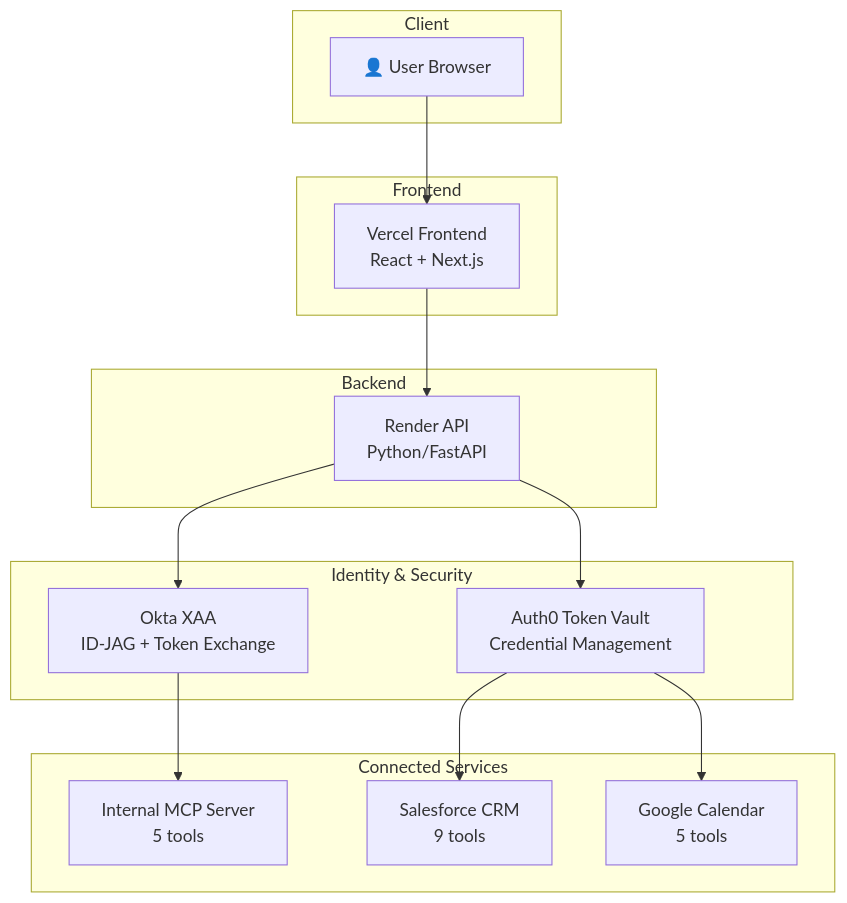
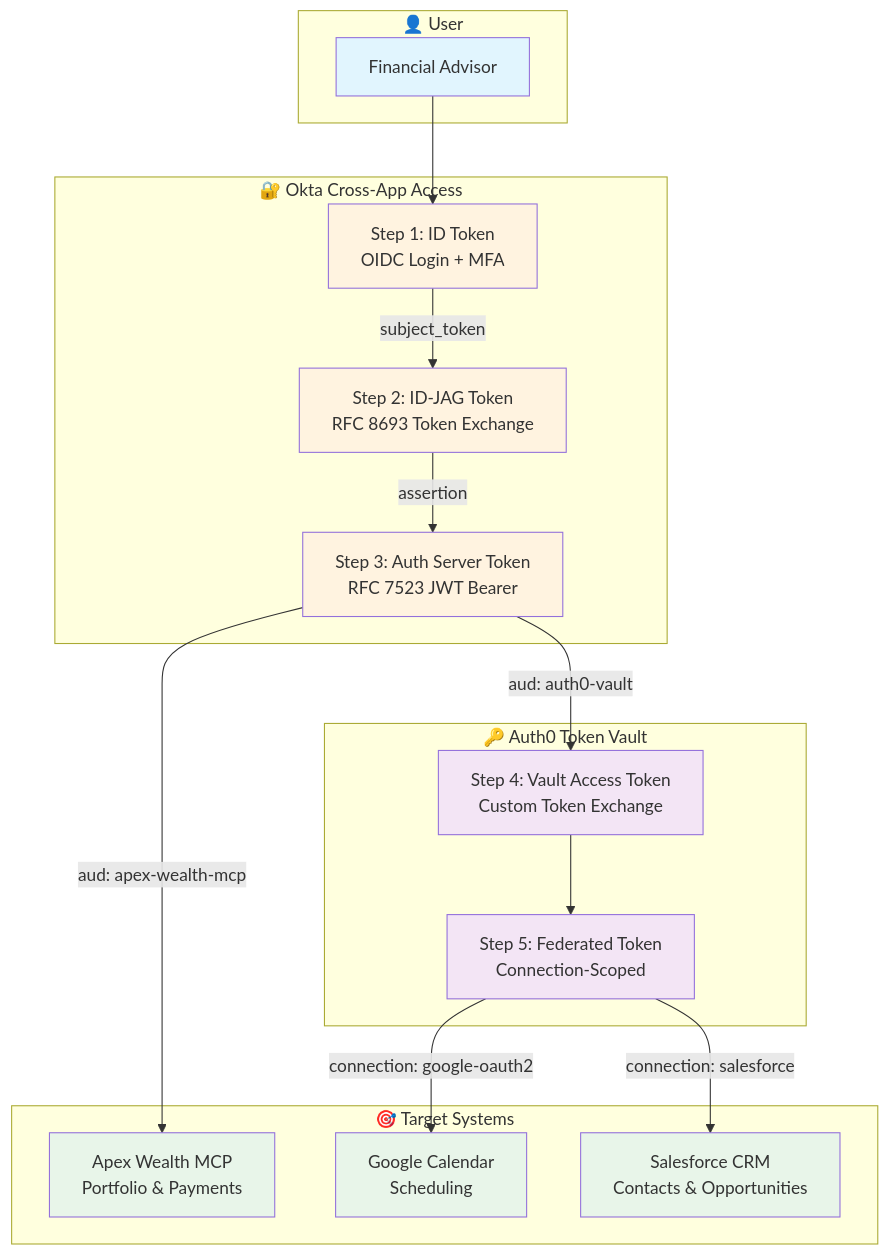
One commit to kunkol/apex-wealth-advisor changed the first of 4 diagrams in README.md. Above: the diagram before and after it, drawn with Mermaid. The commit also changed other lines of this file and 3 other files, not shown here.

Commit message:
Apex Wealth Advisor Demo

````diff
--- a/README.md
+++ b/README.md
@@ -27,33 +27,42 @@
 ```mermaid
 flowchart TB
-    subgraph Client
-        User[👤 User Browser]
+    subgraph User["👤 User"]
+        FA["Financial Advisor"]
     end
     
-    subgraph Frontend
-        Vercel[Vercel Frontend<br/>React + Next.js]
+    subgraph XAA["🔐 Okta Cross-App Access"]
+        Step1["Step 1: ID Token<br/>OIDC Login + MFA"]
+        Step2["Step 2: ID-JAG Token<br/>RFC 8693 Token Exchange"]
+        Step3["Step 3: Auth Server Token<br/>RFC 7523 JWT Bearer"]
     end
     
-    subgraph Backend
-        API[Render API<br/>Python/FastAPI]
+    subgraph Vault["🔑 Auth0 Token Vault"]
+        Step4["Step 4: Vault Access Token<br/>Custom Token Exchange"]
+        Step5["Step 5: Federated Token<br/>Connection-Scoped"]
     end
     
-    subgraph Identity["Identity & Security"]
-        Okta[Okta XAA<br/>ID-JAG + Token Exchange]
-        Auth0[Auth0 Token Vault<br/>Credential Management]
+    subgraph Target["🎯 Target Systems"]
+        MCP["Apex Wealth MCP<br/>Portfolio & Payments"]
+        GCal["Google Calendar<br/>Scheduling"]
+        SF["Salesforce CRM<br/>Contacts & Opportunities"]
     end
     
-    subgraph Services["Connected Services"]
-        MCP[Internal MCP Server<br/>5 tools]
-        SF[Salesforce CRM<br/>9 tools]
-        GCal[Google Calendar<br/>5 tools]
-    end
+    FA --> Step1
+    Step1 -->|"subject_token"| Step2
+    Step2 -->|"assertion"| Step3
+    Step3 -->|"aud: apex-wealth-mcp"| MCP
+    Step3 -->|"aud: auth0-vault"| Step4
+    Step4 --> Step5
+    Step5 -->|"connection: google-oauth2"| GCal
+    Step5 -->|"connection: salesforce"| SF
     
-    User --> Vercel
-    Vercel --> API
-    API --> Okta
-    API --> Auth0
-    Okta --> MCP
-    Auth0 --> SF
-    Auth0 --> GCal
+    style FA fill:#e1f5fe
+    style Step1 fill:#fff3e0
+    style Step2 fill:#fff3e0
+    style Step3 fill:#fff3e0
+    style Step4 fill:#f3e5f5
+    style Step5 fill:#f3e5f5
+    style MCP fill:#e8f5e9
+    style GCal fill:#e8f5e9
+    style SF fill:#e8f5e9
 ```
````
